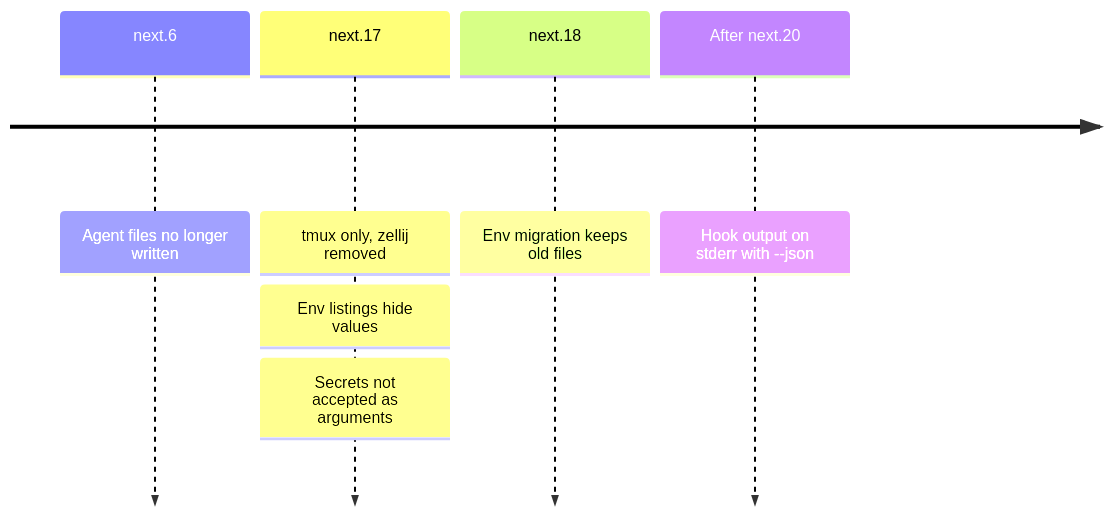
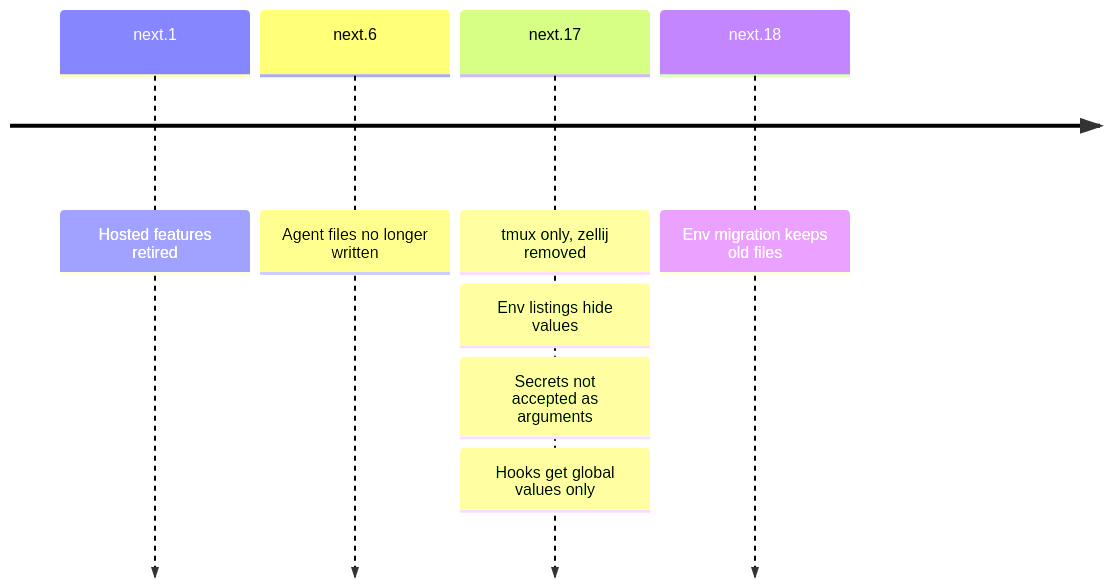
Before and after one commit to hack-dance/hack: the diagram in docs/versions/v5/guides/breaking-changes.md, drawn with Mermaid. The commit also changed other lines of this file, not shown here.

````diff
--- a/docs/versions/v5/guides/breaking-changes.md
+++ b/docs/versions/v5/guides/breaking-changes.md
@@ -39,12 +55,13 @@
 ```mermaid
 ---
 title: Breaking changes by prerelease
 ---
 timeline
+  next.1 : Hosted features retired
   next.6 : Agent files no longer written
   next.17 : tmux only, zellij removed
           : Env listings hide values
           : Secrets not accepted as arguments
+          : Hooks get global values only
   next.18 : Env migration keeps old files
-  After next.20 : Hook output on stderr with --json
 ```
````
